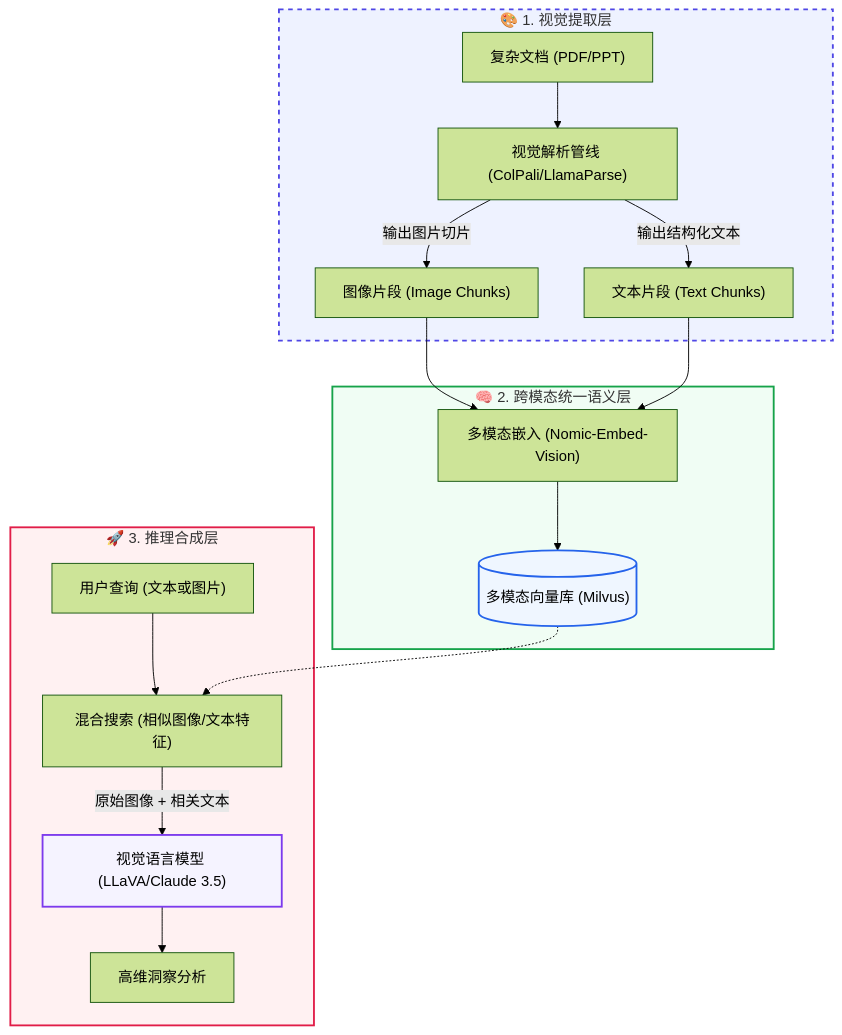
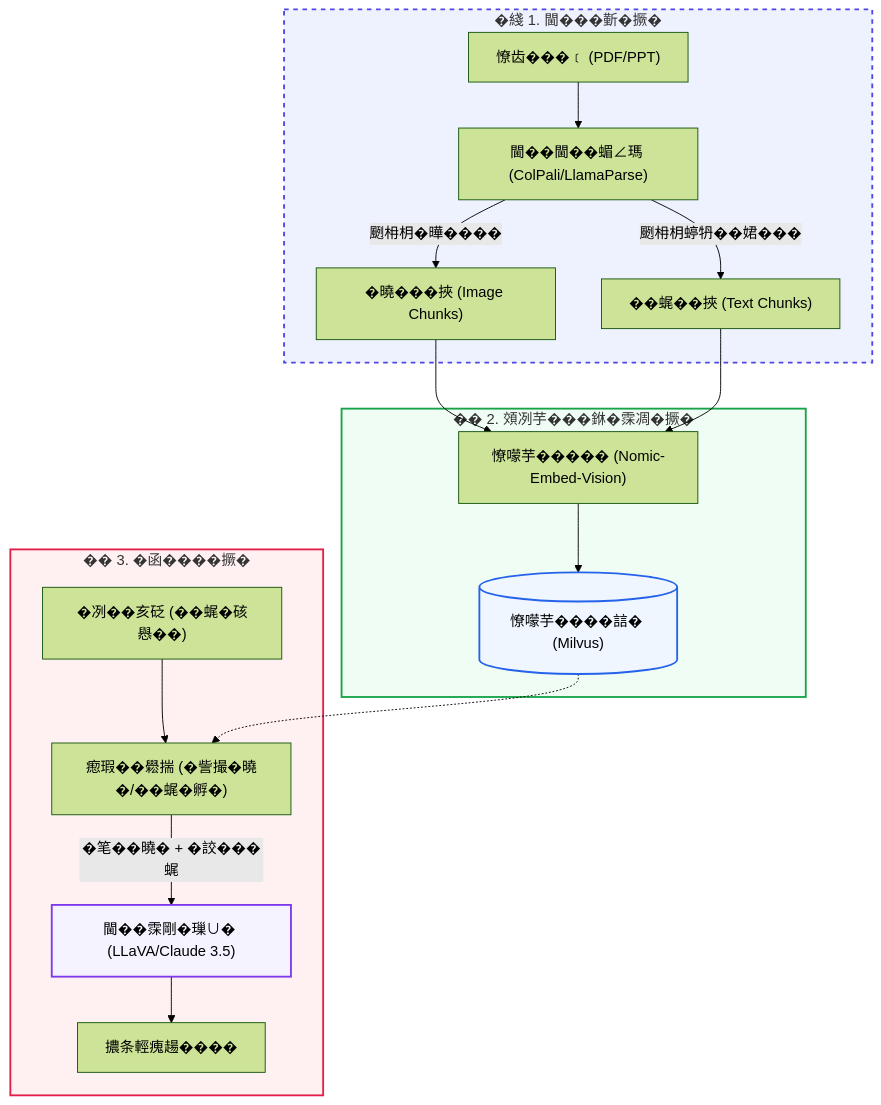
Diagram 12 of 16 in doc/AI_Knowledge_Roadmap.md (wangchong2023/lang-chain-graph), drawn with Mermaid (forest theme) before and after one commit. The commit also changed other lines of this file, not shown here.

Commit message:
docs: update AI knowledge roadmap with new learning milestones

````diff
--- a/doc/AI_Knowledge_Roadmap.md
+++ b/doc/AI_Knowledge_Roadmap.md
@@ -1016,28 +997,28 @@
 ```mermaid
 graph TD
-    subgraph VisionLayer ["🎨 1. 视觉提取层"]
-        Raw["复杂文档 (PDF/PPT)"] --> Parser["视觉解析管线 (ColPali/LlamaParse)"]
-        Parser -- "输出图片切片" --> ImageChunk["图像片段 (Image Chunks)"]
-        Parser -- "输出结构化文本" --> TextChunk["文本片段 (Text Chunks)"]
+    subgraph VisionLayer ["�綫 1. 閫���𣂼�撅�"]
+        Raw["憭齿���﹝ (PDF/PPT)"] --> Parser["閫��閫��蝞∠瑪 (ColPali/LlamaParse)"]
+        Parser -- "颲枏枂�曄����" --> ImageChunk["�曉���挾 (Image Chunks)"]
+        Parser -- "颲枏枂蝏𤘪��𡝗���" --> TextChunk["��𧋦��挾 (Text Chunks)"]
     end
     
-    subgraph SemanticLayer ["🧠 2. 跨模态统一语义层"]
-        ImageChunk --> VisionEmbed["多模态嵌入 (Nomic-Embed-Vision)"]
+    subgraph SemanticLayer ["�� 2. 頝冽芋���銝�霂凋�撅�"]
+        ImageChunk --> VisionEmbed["憭𡁏芋����� (Nomic-Embed-Vision)"]
         TextChunk --> VisionEmbed
-        VisionEmbed --> VectorDB[("多模态向量库 (Milvus)")]
+        VisionEmbed --> VectorDB[("憭𡁏芋����誩� (Milvus)")]
     end
     
-    subgraph ReasoningLayer ["🚀 3. 推理合成层"]
-        Query["用户查询 (文本或图片)"] --> Retrieval["混合搜索 (相似图像/文本特征)"]
+    subgraph ReasoningLayer ["�� 3. �函����撅�"]
+        Query["�冽��亥砭 (��𧋦�硋㦛��)"] --> Retrieval["瘛瑕��𦦵揣 (�訾撮�曉�/��𧋦�孵�)"]
         VectorDB -.-> Retrieval
-        Retrieval -- "原始图像 + 相关文本" --> VLM["视觉语言模型 (LLaVA/Claude 3.5)"]
-        VLM --> Output["高维洞察分析"]
+        Retrieval -- "�笔��曉� + �詨���𧋦" --> VLM["閫��霂剛�璅∪� (LLaVA/Claude 3.5)"]
+        VLM --> Output["擃条輕瘣𧼮����"]
     end
 
-    %% 样式美化
+    %% �瑕�蝢𤾸�
     style VisionLayer fill:#eef2ff,stroke:#4f46e5,stroke-width:2px,stroke-dasharray: 5 5
     style SemanticLayer fill:#f0fdf4,stroke:#16a34a,stroke-width:2px
     style ReasoningLayer fill:#fff1f2,stroke:#e11d48,stroke-width:2px
     style VLM fill:#f5f3ff,stroke:#7c3aed,stroke-width:2px
     style VectorDB fill:#eff6ff,stroke:#2563eb,stroke-width:2px
 ```
````
